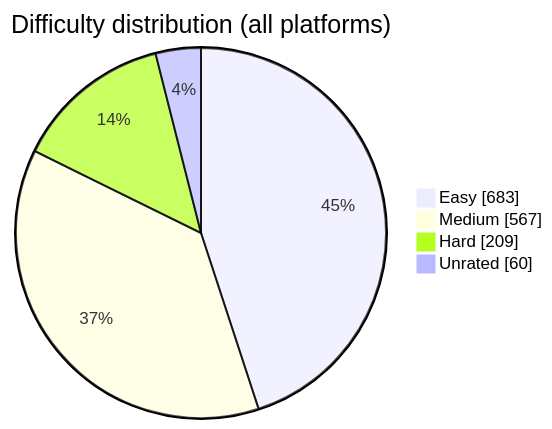
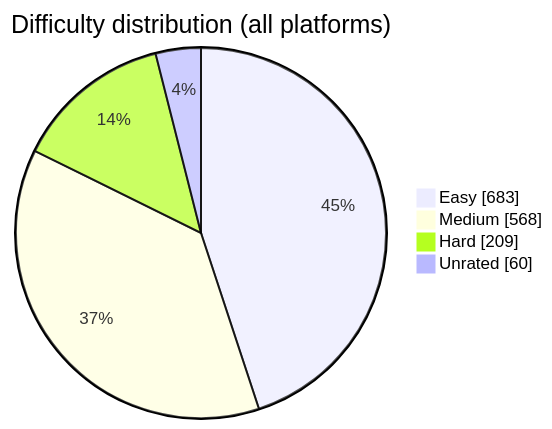
Before and after one commit to BuildbyArindam/Daily-Coding-Log: the diagram in README.md, drawn with Mermaid. The commit also changed other lines of this file, not shown here.

````diff
--- a/README.md
+++ b/README.md
@@ -93,7 +93,7 @@
 ```mermaid
 pie showData title Difficulty distribution (all platforms)
     "Easy" : 683
-    "Medium" : 567
+    "Medium" : 568
     "Hard" : 209
     "Unrated" : 60
 ```
````
